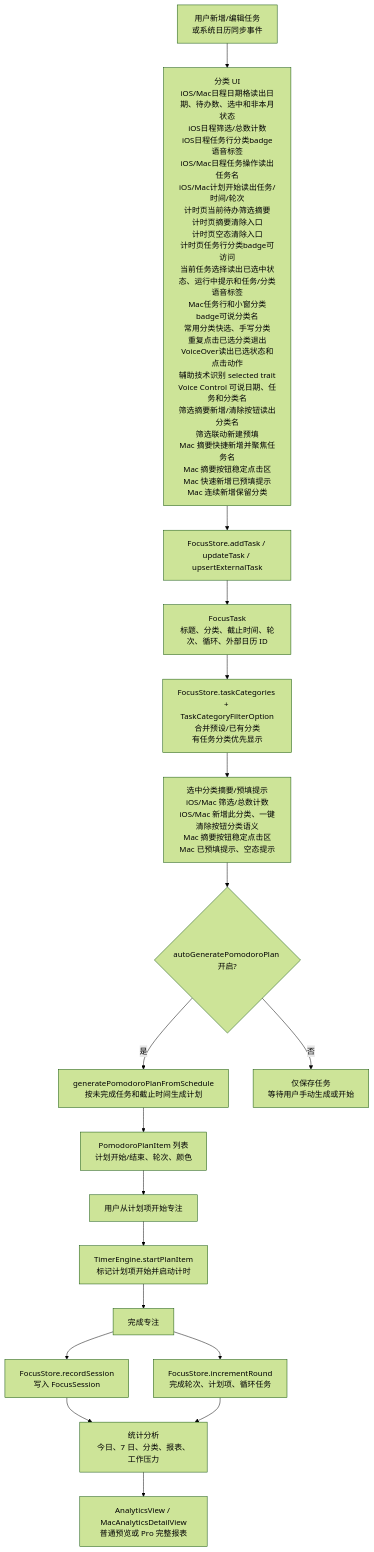
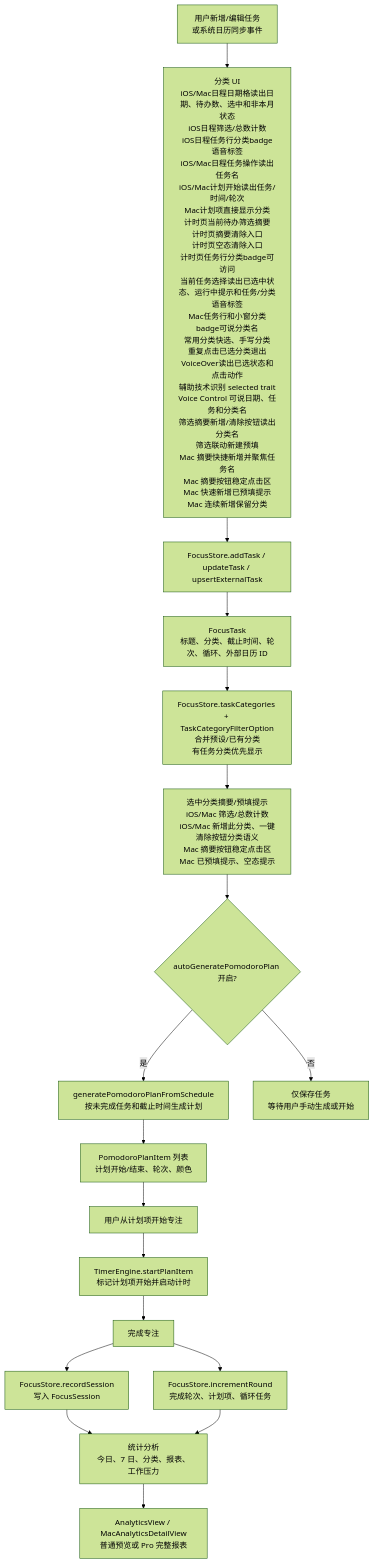
Before and after one commit to Altman-sam114/114: the third of 6 diagrams in md/flow/flowchart.md, drawn with Mermaid (forest theme). The commit also changed other lines of this file and 8 other files, not shown here.

````diff
--- a/md/flow/flowchart.md
+++ b/md/flow/flowchart.md
@@ -63,20 +63,20 @@
 ```mermaid
 flowchart TD
-  A["用户新增/编辑任务<br/>或系统日历同步事件"] --> P0["分类 UI<br/>iOS/Mac日程日期格读出日期、待办数、选中和非本月状态<br/>iOS日程筛选/总数计数<br/>iOS日程任务行分类badge语音标签<br/>iOS/Mac日程任务操作读出任务名<br/>iOS/Mac计划开始读出任务/时间/轮次<br/>计时页当前待办筛选摘要<br/>计时页摘要清除入口<br/>计时页空态清除入口<br/>计时页任务行分类badge可访问<br/>当前任务选择读出已选中状态、运行中提示和任务/分类语音标签<br/>Mac任务行和小窗分类badge可说分类名<br/>常用分类快选、手写分类<br/>重复点击已选分类退出<br/>VoiceOver读出已选状态和点击动作<br/>辅助技术识别 selected trait<br/>Voice Control 可说日期、任务和分类名<br/>筛选摘要新增/清除按钮读出分类名<br/>筛选联动新建预填<br/>Mac 摘要快捷新增并聚焦任务名<br/>Mac 摘要按钮稳定点击区<br/>Mac 快速新增已预填提示<br/>Mac 连续新增保留分类"]
+  A["用户新增/编辑任务<br/>或系统日历同步事件"] --> P0["分类 UI<br/>iOS/Mac日程日期格读出日期、待办数、选中和非本月状态<br/>iOS日程筛选/总数计数<br/>iOS日程任务行分类badge语音标签<br/>iOS/Mac日程任务操作读出任务名<br/>iOS/Mac计划开始读出任务/时间/轮次<br/>Mac计划项直接显示分类<br/>计时页当前待办筛选摘要<br/>计时页摘要清除入口<br/>计时页空态清除入口<br/>计时页任务行分类badge可访问<br/>当前任务选择读出已选中状态、运行中提示和任务/分类语音标签<br/>Mac任务行和小窗分类badge可说分类名<br/>常用分类快选、手写分类<br/>重复点击已选分类退出<br/>VoiceOver读出已选状态和点击动作<br/>辅助技术识别 selected trait<br/>Voice Control 可说日期、任务和分类名<br/>筛选摘要新增/清除按钮读出分类名<br/>筛选联动新建预填<br/>Mac 摘要快捷新增并聚焦任务名<br/>Mac 摘要按钮稳定点击区<br/>Mac 快速新增已预填提示<br/>Mac 连续新增保留分类"]
   P0 --> B["FocusStore.addTask / updateTask / upsertExternalTask"]
   B --> C["FocusTask<br/>标题、分类、截止时间、轮次、循环、外部日历 ID"]
   C --> C2["FocusStore.taskCategories + TaskCategoryFilterOption<br/>合并预设/已有分类<br/>有任务分类优先显示"]
   C2 --> C3["选中分类摘要/预填提示<br/>iOS/Mac 筛选/总数计数<br/>iOS/Mac 新增此分类、一键清除按钮分类语义<br/>Mac 摘要按钮稳定点击区<br/>Mac 已预填提示、空态提示"]
   C3 --> D{"autoGeneratePomodoroPlan 开启?"}
   D -->|是| E["generatePomodoroPlanFromSchedule<br/>按未完成任务和截止时间生成计划"]
   D -->|否| F["仅保存任务<br/>等待用户手动生成或开始"]
   E --> G["PomodoroPlanItem 列表<br/>计划开始/结束、轮次、颜色"]
   G --> H["用户从计划项开始专注"]
   H --> I["TimerEngine.startPlanItem<br/>标记计划项开始并启动计时"]
   I --> J["完成专注"]
   J --> K["FocusStore.incrementRound<br/>完成轮次、计划项、循环任务"]
   J --> L["FocusStore.recordSession<br/>写入 FocusSession"]
   L --> M["统计分析<br/>今日、7 日、分类、报表、工作压力"]
   K --> M
   M --> N["AnalyticsView / MacAnalyticsDetailView<br/>普通预览或 Pro 完整报表"]
 ```
````
